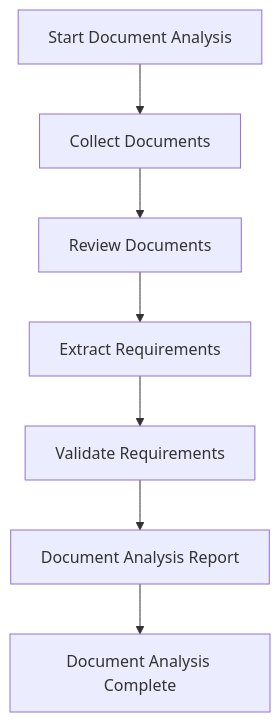
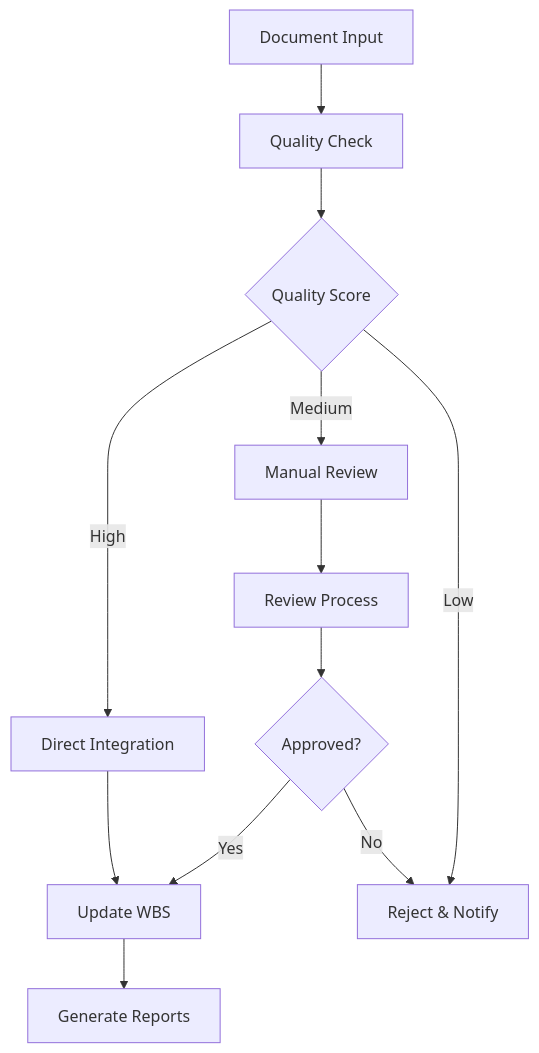
The sixth of 6 diagrams in Docs/json_inputs_standard/Design/Document_Analysis.md (Shakour-Data/AutoProjectManagement), drawn with Mermaid before and after one commit. The commit also changed other lines of this file, not shown here.

````diff
--- a/Docs/json_inputs_standard/Design/Document_Analysis.md
+++ b/Docs/json_inputs_standard/Design/Document_Analysis.md
@@ -91,9 +382,16 @@
 ```mermaid
-flowchart TD
-    A[Start Document Analysis] --> B[Collect Documents]
-    B --> C[Review Documents]
-    C --> D[Extract Requirements]
-    D --> E[Validate Requirements]
-    E --> F[Document Analysis Report]
-    F --> G[Document Analysis Complete]
+graph TD
+    A[Document Input] --> B[Quality Check]
+    B --> C{Quality Score}
+    C -->|High| D[Direct Integration]
+    C -->|Medium| E[Manual Review]
+    C -->|Low| F[Reject & Notify]
+    
+    D --> G[Update WBS]
+    E --> H[Review Process]
+    H --> I{Approved?}
+    I -->|Yes| G
+    I -->|No| F
+    
+    G --> J[Generate Reports]
 ```
````
